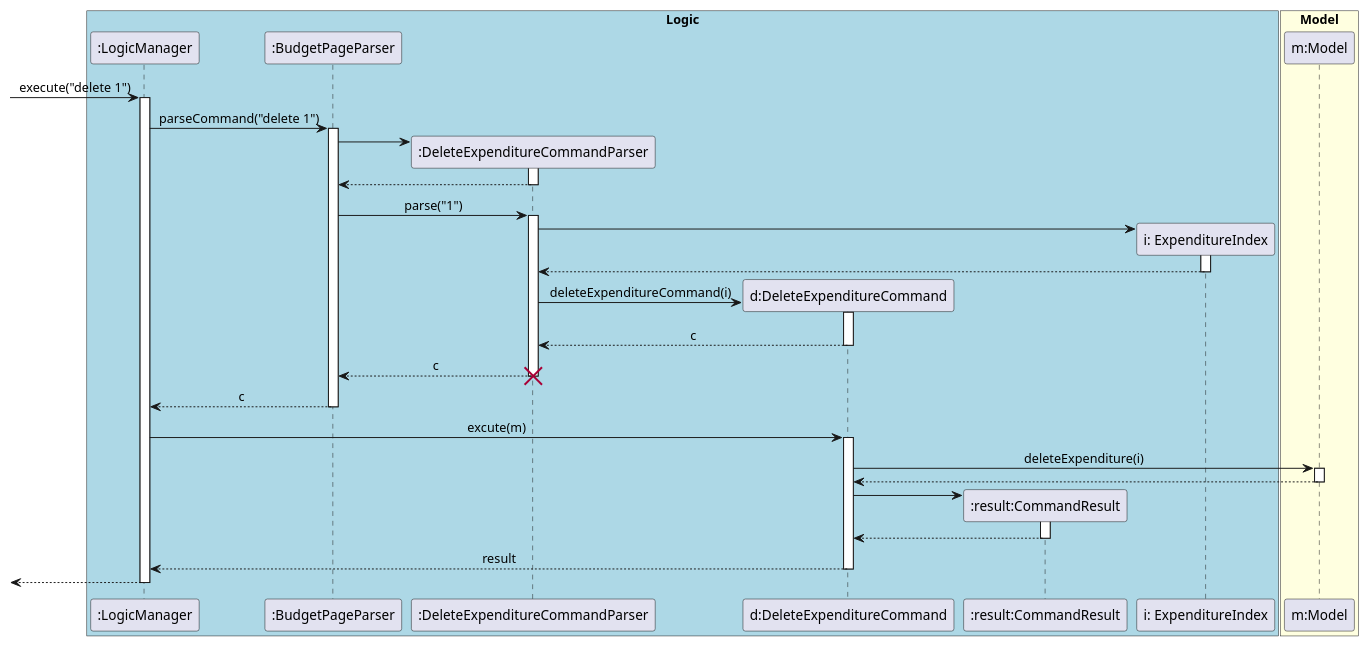
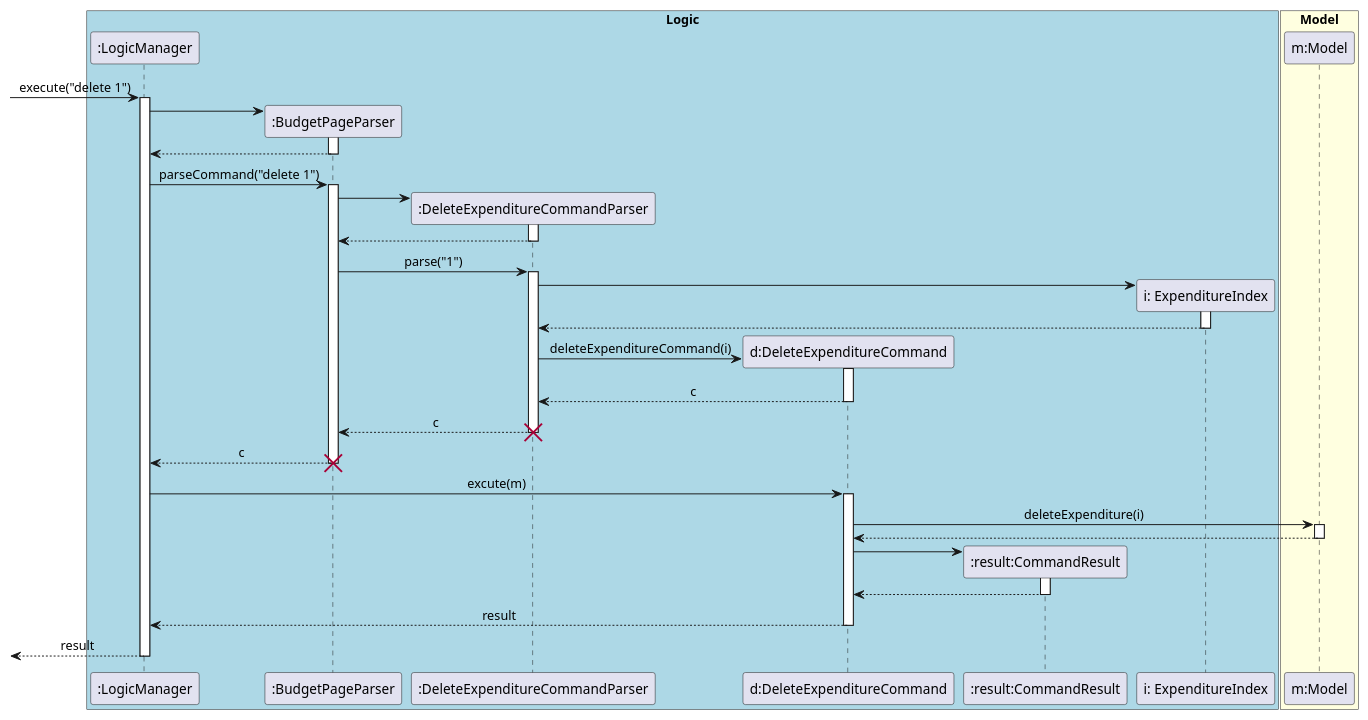
Before and after one commit to yu-ming-chen/tp: the diagram in docs/diagrams/commandsPlantUML/DeleteExpenditureCommand.puml, drawn with PlantUML. The commit also changed 7 other files, not shown here.

Commit message:
Update Sequence Diagrams

```diff
--- a/docs/diagrams/commandsPlantUML/DeleteExpenditureCommand.puml
+++ b/docs/diagrams/commandsPlantUML/DeleteExpenditureCommand.puml
@@ -1,65 +1,72 @@
 @startuml
 skinparam Sequence {
     MessageAlign center
 }
 box "Logic" #LightBlue
 participant ":LogicManager" as LM
 participant ":BudgetPageParser" as BPP
 participant ":DeleteExpenditureCommandParser" as DECP
 participant "d:DeleteExpenditureCommand" as DEC
 participant ":result:CommandResult" as CR
 participant "i: ExpenditureIndex" as EI
 end box
 
 box "Model" #LightYellow
 participant "m:Model" as M
 end box
 
 [-> LM : execute("delete 1")
 activate LM
+create BPP
+LM -> BPP
+activate BPP
+LM <-- BPP
+
+deactivate BPP
 LM -> BPP : parseCommand("delete 1")
 activate BPP
 
 create DECP
 BPP -> DECP
 activate DECP
 BPP <-- DECP
 deactivate DECP
 BPP -> DECP : parse("1")
 activate DECP
 
 create EI
 DECP -> EI
 activate EI
 DECP <-- EI
 deactivate EI
 
 create DEC
 DECP -> DEC : deleteExpenditureCommand(i)
 activate DEC
 DECP <-- DEC : c
 deactivate DEC
 BPP <-- DECP : c
 deactivate DECP
 destroy DECP
 LM <-- BPP : c
 deactivate BPP
+destroy BPP
 
-LM -> DEC: excute(m)
+LM -> DEC : excute(m)
 activate DEC
 DEC -> M : deleteExpenditure(i)
 activate M
 DEC <-- M
 deactivate M
 
 create CR
 DEC -> CR
 activate CR
 DEC <-- CR
 deactivate CR
 
-LM <-- DEC: result
+LM <-- DEC : result
 deactivate DEC
-[<-- LM
+[<-- LM : result
 deactivate LM
 @enduml
```
